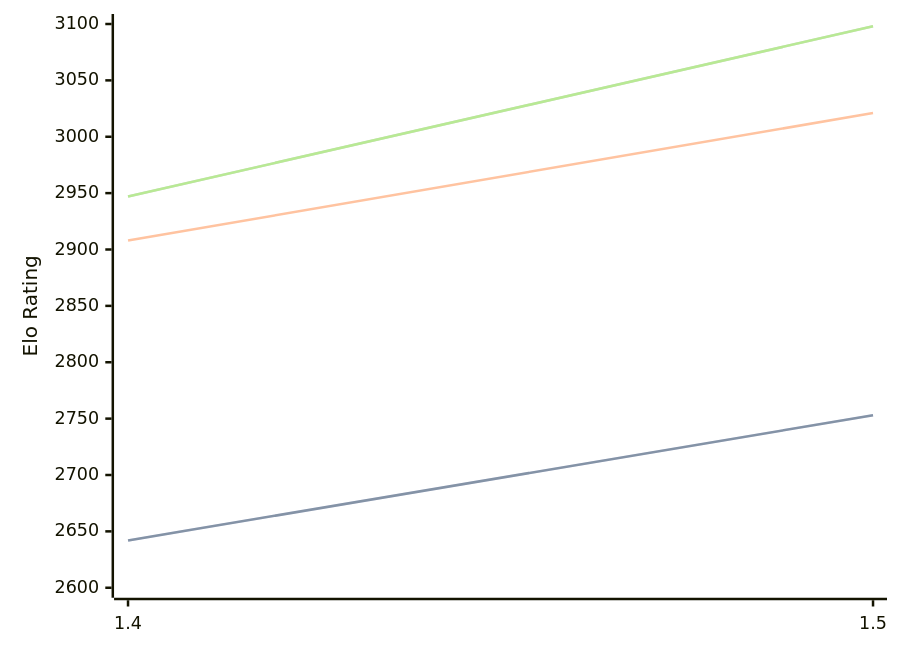
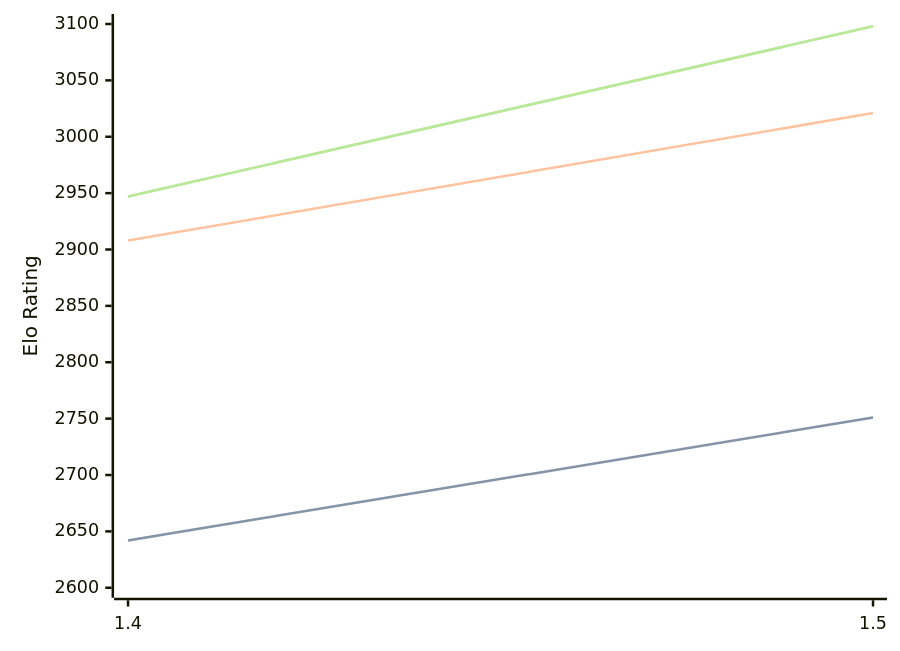
Before and after one commit to computer-chess-index/cci: the third of 3 diagrams in engines/Yakka.md, drawn with Mermaid. The commit also changed other lines of this file, not shown here.

````diff
--- a/engines/Yakka.md
+++ b/engines/Yakka.md
@@ -69,11 +69,11 @@
 ```mermaid
 %%{init: {"theme":"base","themeVariables":{"seriesColors:['#a3a3a3','#222221','#faa371']}}}%%
 xychart-beta
   x-axis ["1.4", "1.5"]
   y-axis "Elo Rating" 2600 --> 3100
-  line "STC (8.0+0.08s)" [2642, 2753]
-  line "STC (8.0+0.08s)" [2642, 2753]
+  line "STC (8.0+0.08s)" [2642, 2751]
+  line "STC (8.0+0.08s)" [2642, 2751]
   line "LTC (60.0+0.60s)" [2908, 3021]
   line "VLTC (2m24s+1.12s)" [2947, 3098]
   line "VLTC (2m24s+1.12s)" [2947, 3098]
 ```
````
